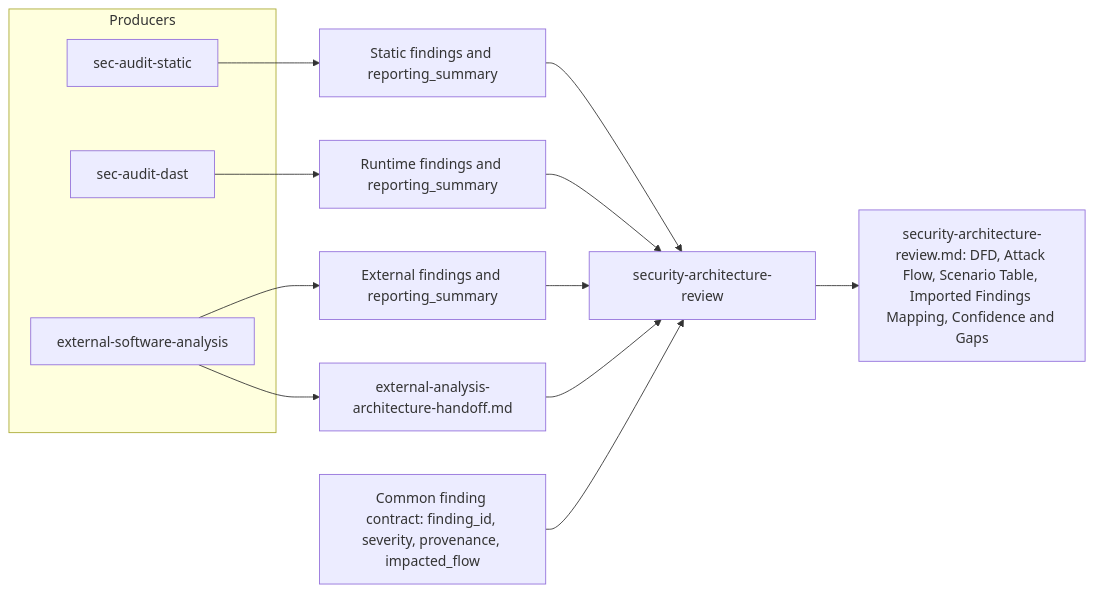
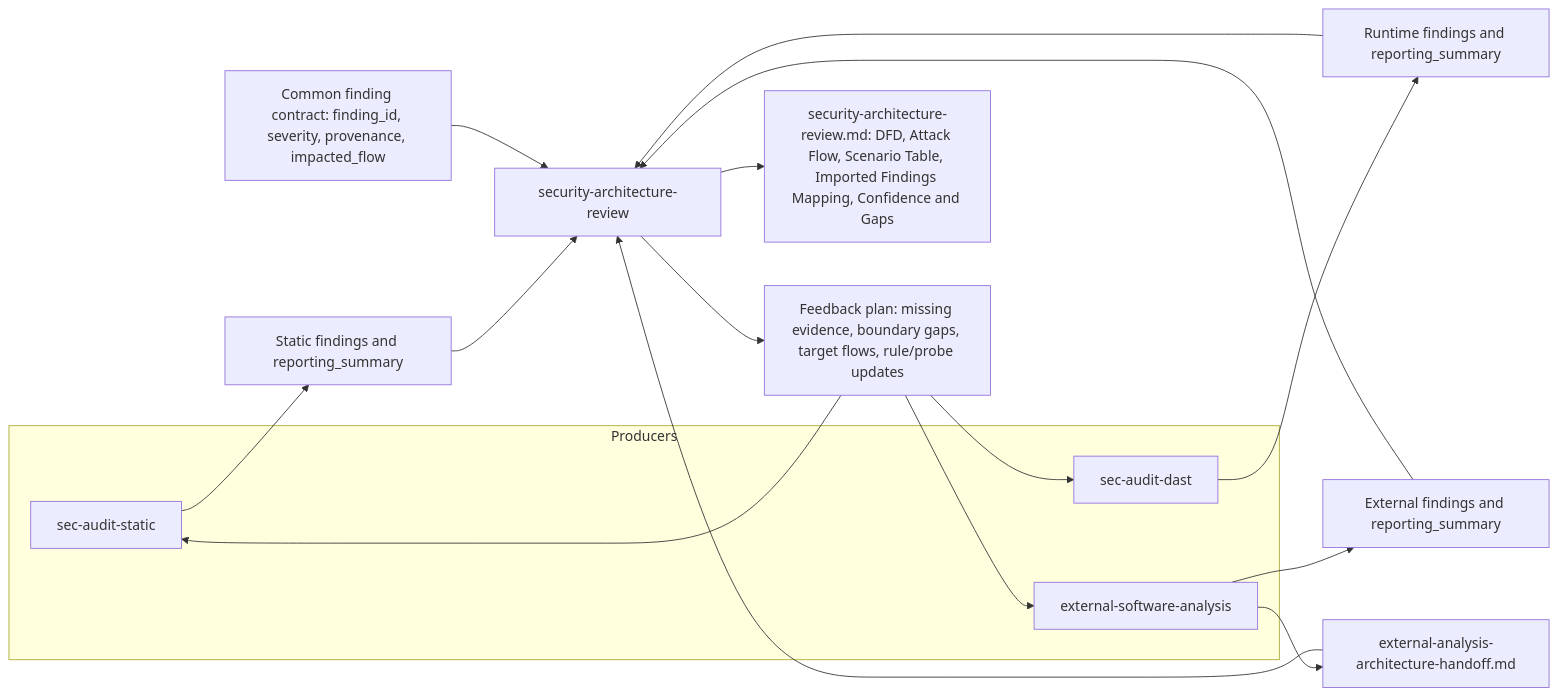
The diagram in README.md (windshock/oh-my-secuaudit), drawn with Mermaid before and after one commit. The commit also changed other lines of this file, not shown here.

Commit message:
Model producer and architecture as a closed feedback loop

````diff
--- a/README.md
+++ b/README.md
@@ -23,23 +23,28 @@
 ```mermaid
 flowchart LR
     subgraph Producers
         S["sec-audit-static"]
         D["sec-audit-dast"]
         E["external-software-analysis"]
     end
 
     S --> SO["Static findings and reporting_summary"]
     D --> DO["Runtime findings and reporting_summary"]
     E --> EO["External findings and reporting_summary"]
     E --> EH["external-analysis-architecture-handoff.md"]
 
     C["Common finding contract: finding_id, severity, provenance, impacted_flow"]
 
     SO --> R["security-architecture-review"]
     DO --> R
     EO --> R
     EH --> R
     C --> R
 
+    R --> FB["Feedback plan: missing evidence, boundary gaps, target flows, rule/probe updates"]
+    FB --> S
+    FB --> D
+    FB --> E
+
     R --> O["security-architecture-review.md: DFD, Attack Flow, Scenario Table, Imported Findings Mapping, Confidence and Gaps"]
 ```
````
